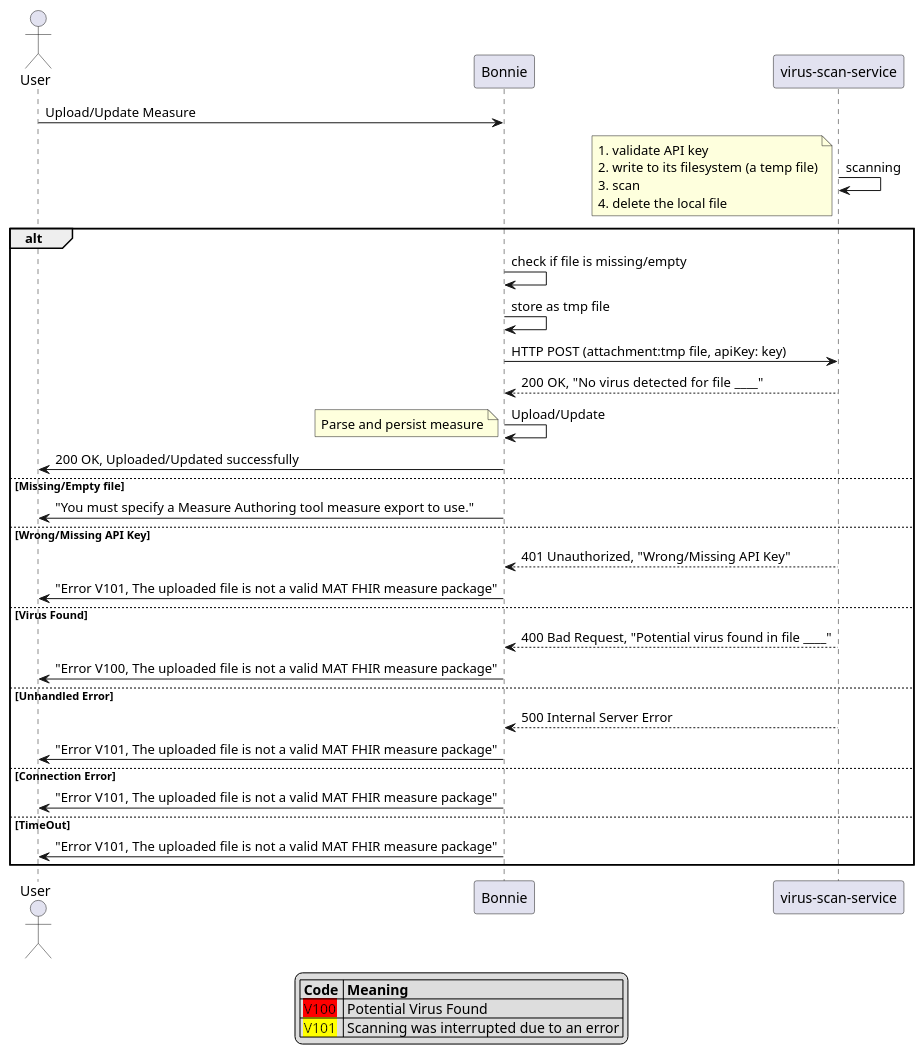
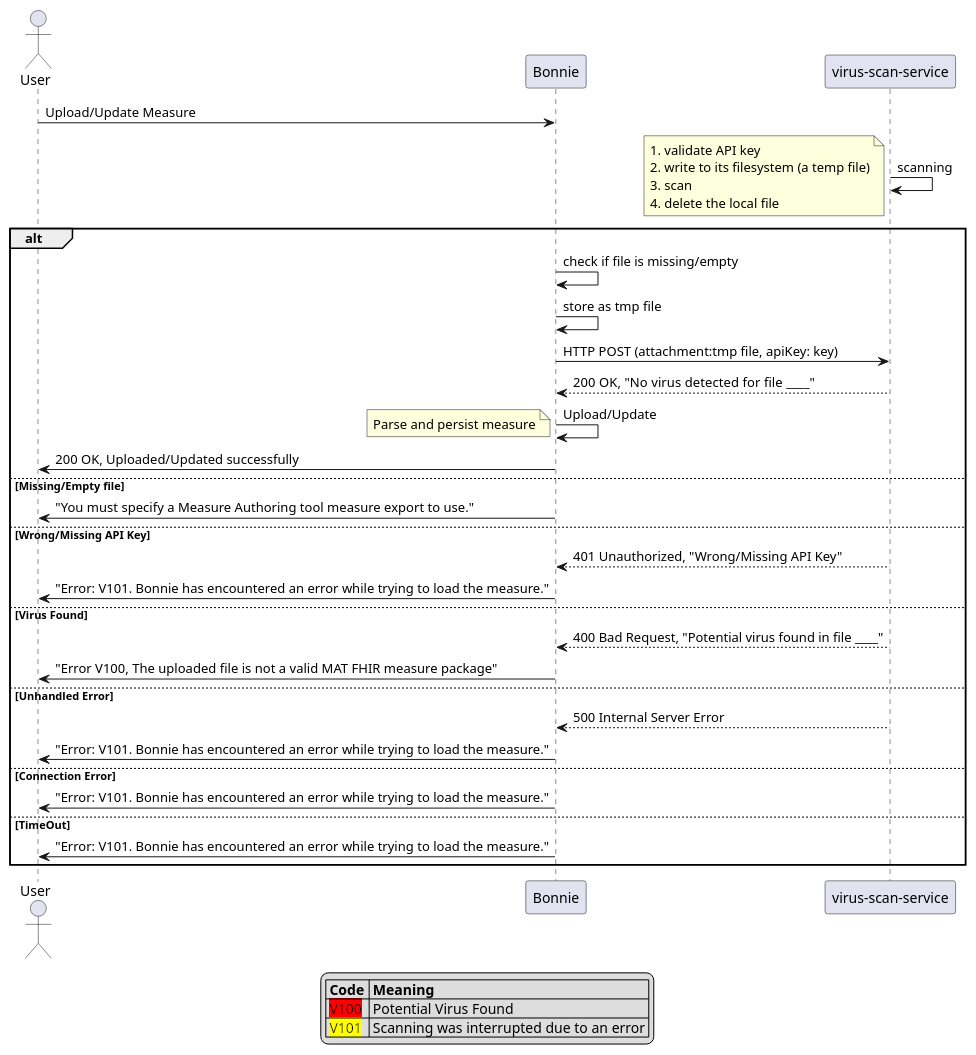
The diagram in doc/virus_scanning_sequence.puml (MeasureAuthoringTool/bonnie), drawn with PlantUML before and after one commit. The commit also changed 2 other files, not shown here.

Commit message:
MAT-2281 Code review corrections

```diff
--- a/doc/virus_scanning_sequence.puml
+++ b/doc/virus_scanning_sequence.puml
@@ -1,53 +1,53 @@
 @startuml
 actor User
 
 User -> Bonnie: Upload/Update Measure
 
 "virus-scan-service" -> "virus-scan-service": scanning
 note left
     1. validate API key
     2. write to its filesystem (a temp file)
     3. scan
     4. delete the local file
 end note
 alt
 Bonnie -> Bonnie: check if file is missing/empty
 Bonnie -> Bonnie: store as tmp file
 Bonnie -> "virus-scan-service": HTTP POST (attachment:tmp file, apiKey: key)
 "virus-scan-service" --> Bonnie: 200 OK,  "No virus detected for file ____"
 Bonnie -> Bonnie: Upload/Update
 note left
     Parse and persist measure
 end note
 Bonnie -> User: 200 OK, Uploaded/Updated successfully
 
 else Missing/Empty file
 Bonnie -> User: "You must specify a Measure Authoring tool measure export to use."
 
 else Wrong/Missing API Key
 "virus-scan-service" --> Bonnie: 401 Unauthorized, "Wrong/Missing API Key"
-Bonnie -> User: "Error V101, The uploaded file is not a valid MAT FHIR measure package"
+Bonnie -> User: "Error: V101. Bonnie has encountered an error while trying to load the measure."
 
 else Virus Found
 "virus-scan-service" --> Bonnie: 400 Bad Request, "Potential virus found in file ____"
 Bonnie -> User: "Error V100, The uploaded file is not a valid MAT FHIR measure package"
 
 else Unhandled Error
 "virus-scan-service" --> Bonnie: 500 Internal Server Error
-Bonnie -> User: "Error V101, The uploaded file is not a valid MAT FHIR measure package"
+Bonnie -> User: "Error: V101. Bonnie has encountered an error while trying to load the measure."
 
 else Connection Error
-Bonnie -> User: "Error V101, The uploaded file is not a valid MAT FHIR measure package"
+Bonnie -> User: "Error: V101. Bonnie has encountered an error while trying to load the measure."
 
 else TimeOut
-Bonnie -> User: "Error V101, The uploaded file is not a valid MAT FHIR measure package"
+Bonnie -> User: "Error: V101. Bonnie has encountered an error while trying to load the measure."
 
 end
 
 legend
  |= Code |= Meaning |
  |<back:#red> V100  </back>| Potential Virus Found |
  |<back:#yellow> V101  </back>| Scanning was interrupted due to an error |
 endlegend
 
 @enduml
```
